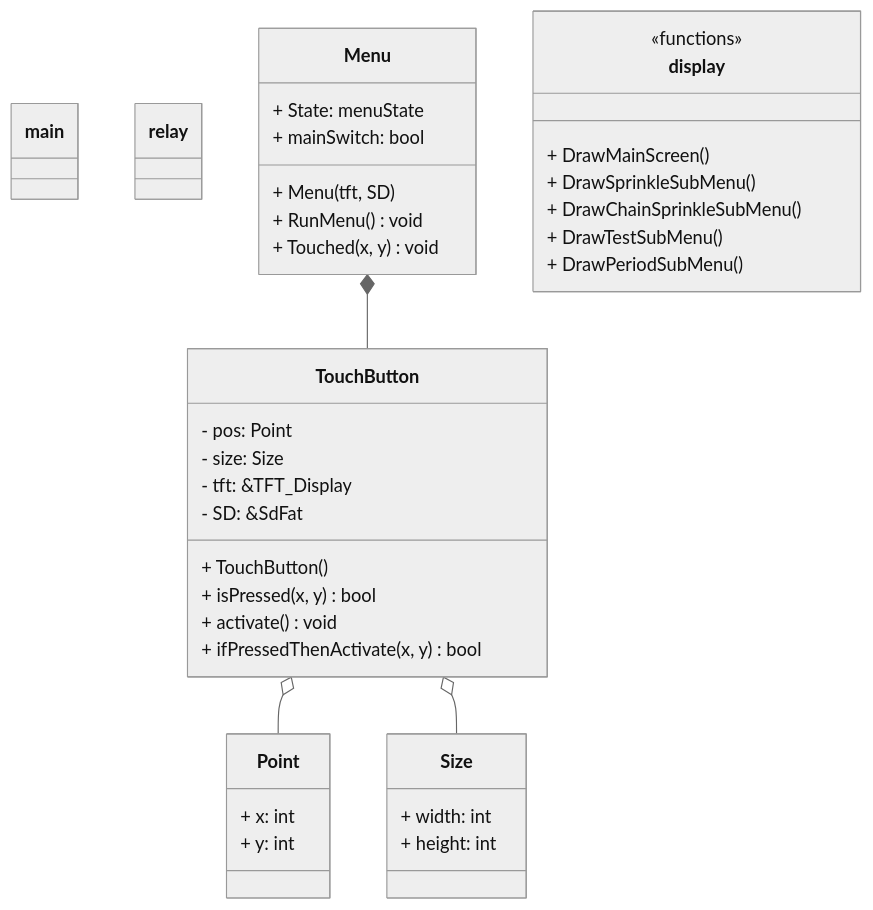
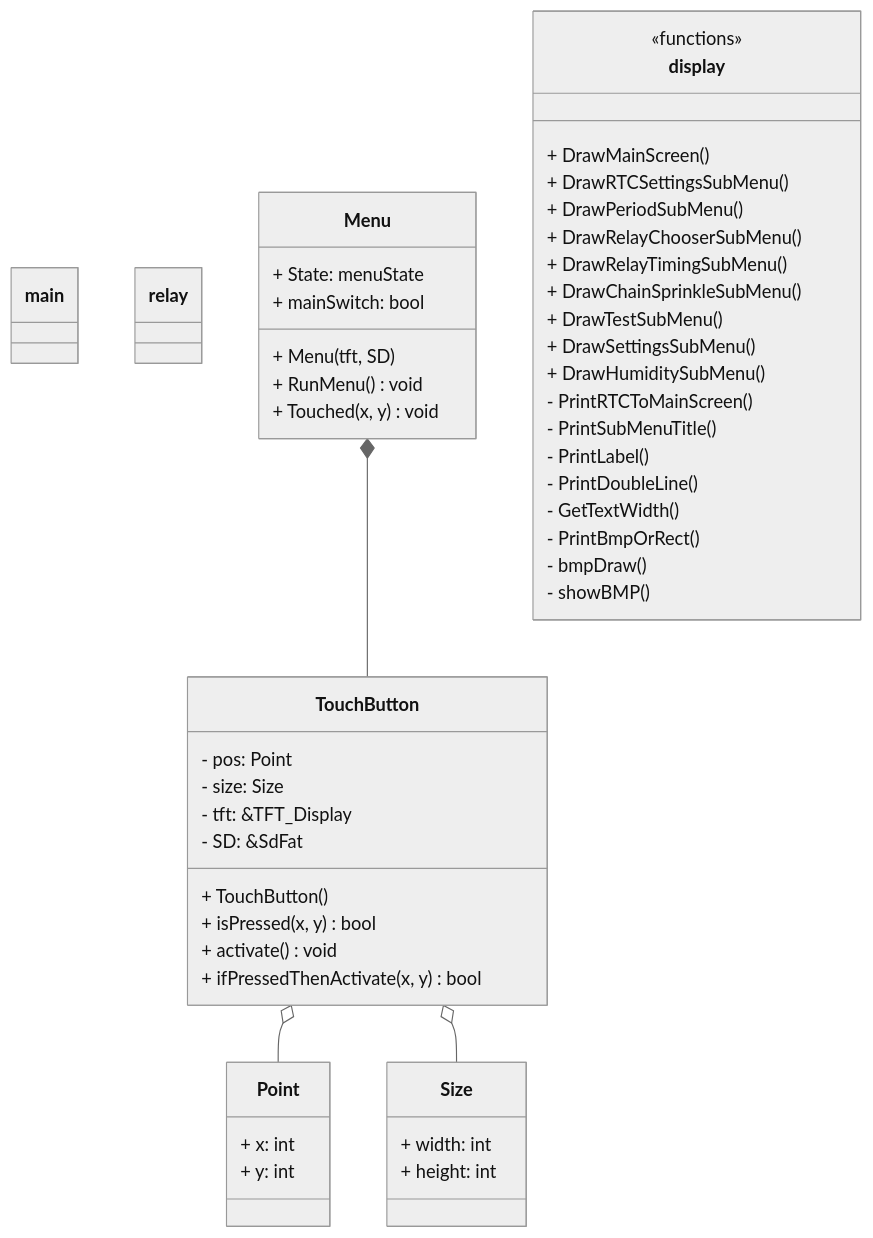
One commit to Spyro1/SprinkleSystem changed the diagram in Locsolorendszer_24_02/DEV-MANUAL.md. Above: the diagram before and after it, drawn with Mermaid (neutral theme). The commit also changed 12 other files, not shown here.

````diff
--- a/Locsolorendszer_24_02/DEV-MANUAL.md
+++ b/Locsolorendszer_24_02/DEV-MANUAL.md
@@ -32,49 +32,61 @@
 ```mermaid
 classDiagram
 
     class main{
 
     }
     class relay{
 
     }
     class Menu{
       + State: menuState
       + mainSwitch: bool
       + Menu(tft, SD)
       + RunMenu() void
       + Touched(x, y) void
     }
     class display{
       <<functions>>
         + DrawMainScreen()
-        + DrawSprinkleSubMenu()
+        + DrawRTCSettingsSubMenu()
+        + DrawPeriodSubMenu()
+        + DrawRelayChooserSubMenu()
+        + DrawRelayTimingSubMenu()
         + DrawChainSprinkleSubMenu()
         + DrawTestSubMenu()
-        + DrawPeriodSubMenu()
+        + DrawSettingsSubMenu()
+        + DrawHumiditySubMenu()
+        - PrintRTCToMainScreen()
+        - PrintSubMenuTitle()
+        - PrintLabel()
+        - PrintDoubleLine()
+        - GetTextWidth()
+        - PrintBmpOrRect()
+        - bmpDraw()
+        - showBMP()
     }
     class Point{
       + x: int
       + y: int
     }
     class Size{
       + width: int
       + height: int
     }
     class TouchButton{
       - pos: Point
       - size: Size
       - tft: &TFT_Display
       - SD: &SdFat
       + TouchButton()
       + isPressed(x, y) bool
       + activate() void
       + ifPressedThenActivate(x, y) bool
     }
 
     Menu *-- TouchButton
 
     TouchButton o-- Point
     TouchButton o-- Size
 
 ```
````
